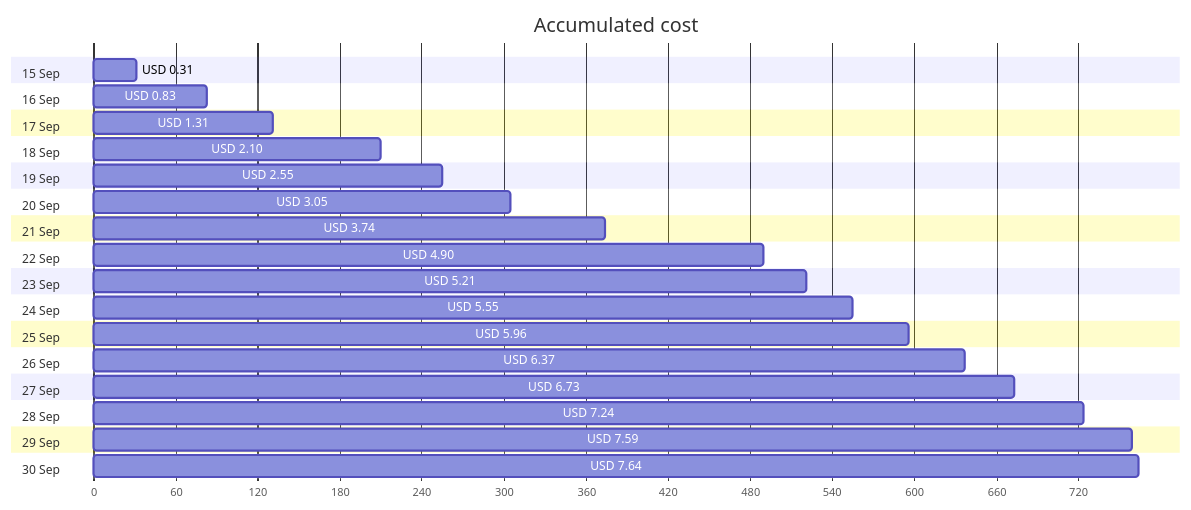
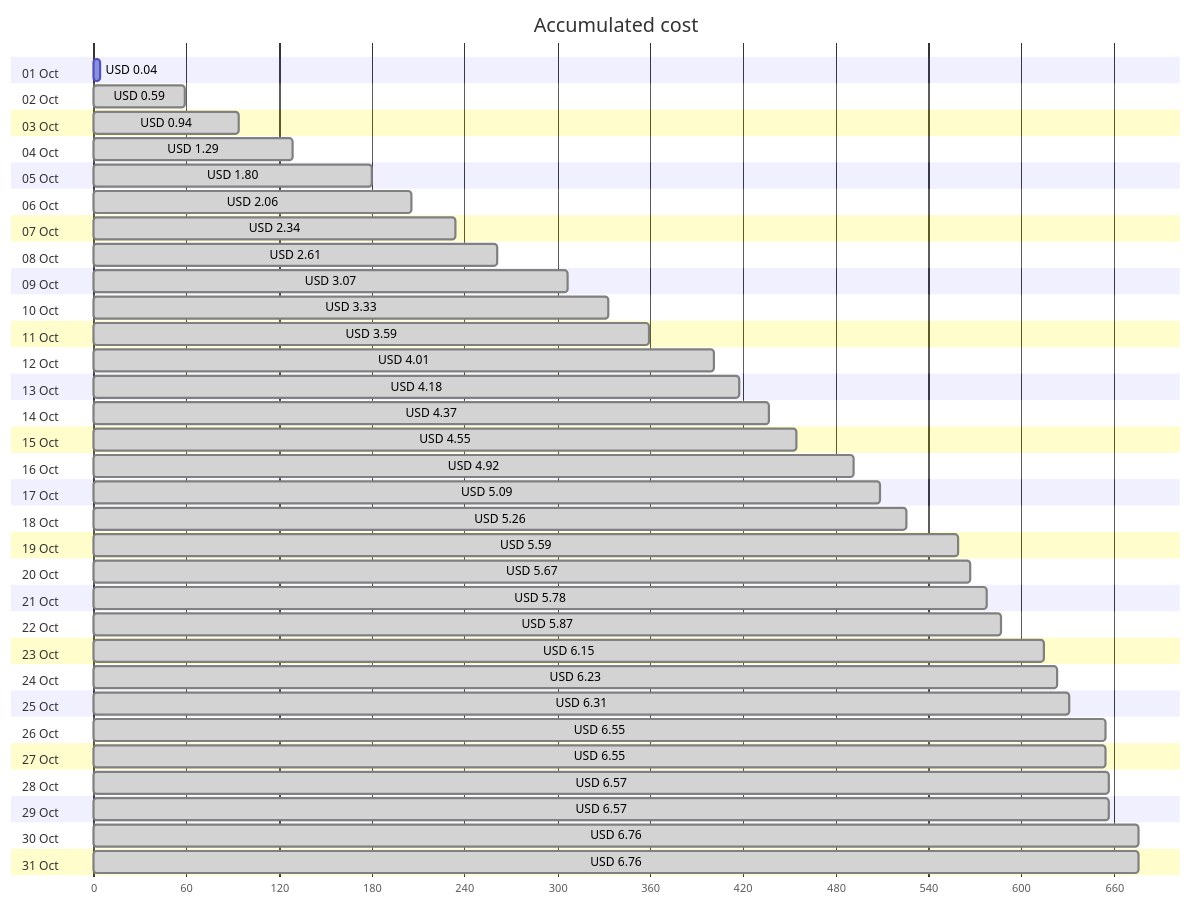
Before and after one commit to jpfulton/azure-personal-reports: the first of 4 diagrams in cost-reports/personal-network/vpn-server.md, drawn with Mermaid. The commit also changed other lines of this file and 9 other files, not shown here.

````diff
--- a/cost-reports/personal-network/vpn-server.md
+++ b/cost-reports/personal-network/vpn-server.md
@@ -20,38 +20,68 @@
 ```mermaid
 gantt
    title Accumulated cost
    dateFormat  X
    axisFormat %s
-   section 15 Sep
-   USD 0.31 :0, 31
-   section 16 Sep
-   USD 0.83 :0, 83
-   section 17 Sep
-   USD 1.31 :0, 131
-   section 18 Sep
-   USD 2.10 :0, 210
-   section 19 Sep
-   USD 2.55 :0, 255
-   section 20 Sep
-   USD 3.05 :0, 305
-   section 21 Sep
-   USD 3.74 :0, 374
-   section 22 Sep
-   USD 4.90 :0, 490
-   section 23 Sep
-   USD 5.21 :0, 521
-   section 24 Sep
-   USD 5.55 :0, 555
-   section 25 Sep
-   USD 5.96 :0, 596
-   section 26 Sep
-   USD 6.37 :0, 637
-   section 27 Sep
-   USD 6.73 :0, 673
-   section 28 Sep
-   USD 7.24 :0, 724
-   section 29 Sep
-   USD 7.59 :0, 759
-   section 30 Sep
-   USD 7.64 :0, 764
+   section 01 Oct
+   USD 0.04 :0, 4
+   section 02 Oct
+   USD 0.59 : done, 0, 59
+   section 03 Oct
+   USD 0.94 : done, 0, 94
+   section 04 Oct
+   USD 1.29 : done, 0, 129
+   section 05 Oct
+   USD 1.80 : done, 0, 180
+   section 06 Oct
+   USD 2.06 : done, 0, 206
+   section 07 Oct
+   USD 2.34 : done, 0, 234
+   section 08 Oct
+   USD 2.61 : done, 0, 261
+   section 09 Oct
+   USD 3.07 : done, 0, 307
+   section 10 Oct
+   USD 3.33 : done, 0, 333
+   section 11 Oct
+   USD 3.59 : done, 0, 359
+   section 12 Oct
+   USD 4.01 : done, 0, 401
+   section 13 Oct
+   USD 4.18 : done, 0, 418
+   section 14 Oct
+   USD 4.37 : done, 0, 437
+   section 15 Oct
+   USD 4.55 : done, 0, 455
+   section 16 Oct
+   USD 4.92 : done, 0, 492
+   section 17 Oct
+   USD 5.09 : done, 0, 509
+   section 18 Oct
+   USD 5.26 : done, 0, 526
+   section 19 Oct
+   USD 5.59 : done, 0, 559
+   section 20 Oct
+   USD 5.67 : done, 0, 567
+   section 21 Oct
+   USD 5.78 : done, 0, 578
+   section 22 Oct
+   USD 5.87 : done, 0, 587
+   section 23 Oct
+   USD 6.15 : done, 0, 615
+   section 24 Oct
+   USD 6.23 : done, 0, 623
+   section 25 Oct
+   USD 6.31 : done, 0, 631
+   section 26 Oct
+   USD 6.55 : done, 0, 655
+   section 27 Oct
+   USD 6.55 : done, 0, 655
+   section 28 Oct
+   USD 6.57 : done, 0, 657
+   section 29 Oct
+   USD 6.57 : done, 0, 657
+   section 30 Oct
+   USD 6.76 : done, 0, 676
+   section 31 Oct
+   USD 6.76 : done, 0, 676
 ```
````
